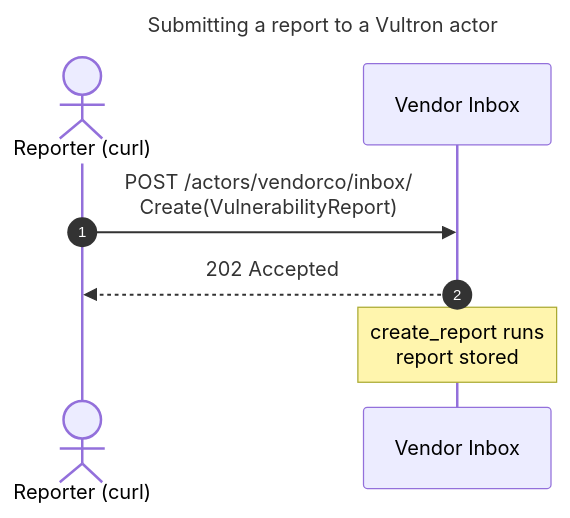
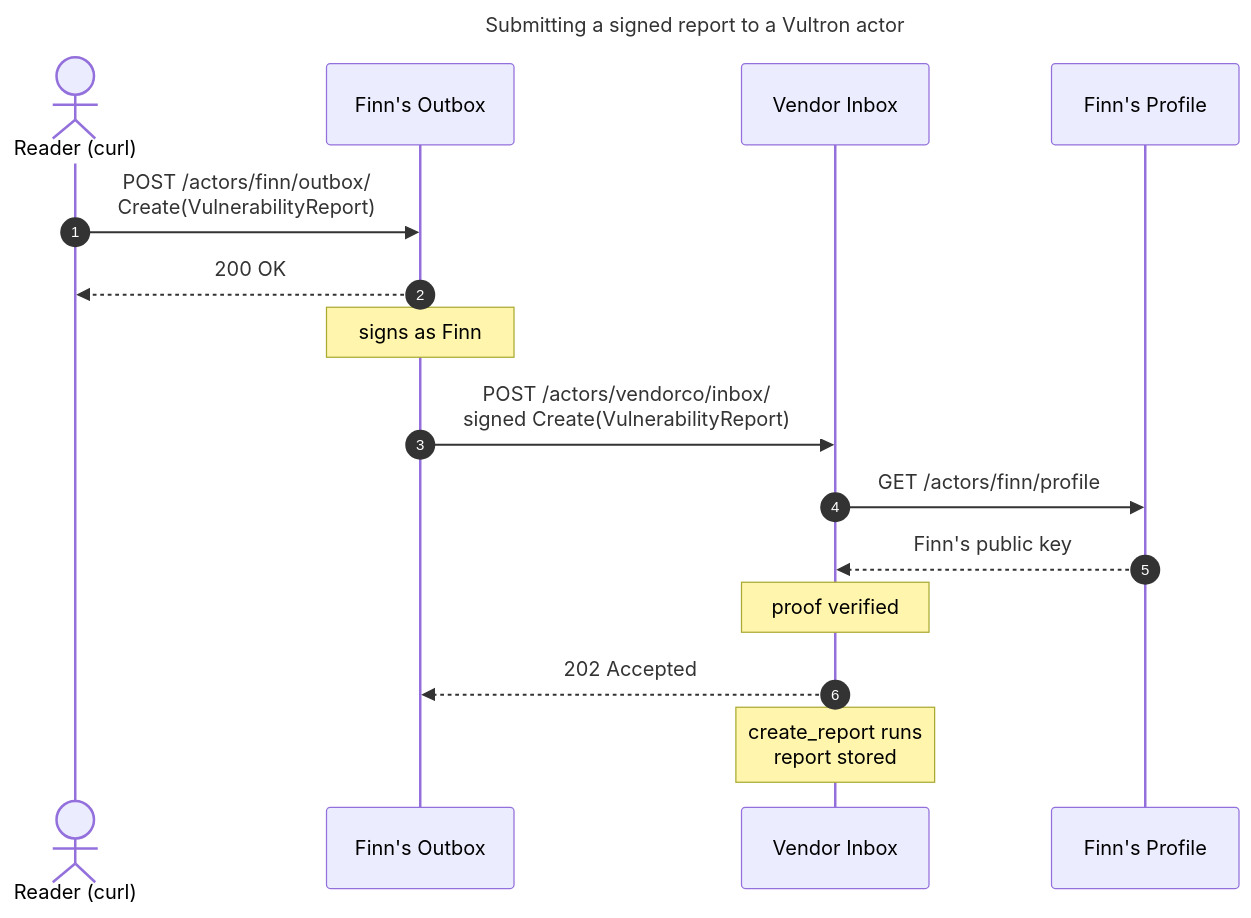
The diagram in docs/tutorials/submit-a-report.md (CERTCC/Vultron), drawn with Mermaid before and after one commit. The commit also changed other lines of this file and 5 other files, not shown here.

First line of the commit message:
feat(tutorial): send the tutorial's report through the finder's outbox

````diff
--- a/docs/tutorials/submit-a-report.md
+++ b/docs/tutorials/submit-a-report.md
@@ -186,12 +190,20 @@
 ```mermaid
 ---
-title: Submitting a report to a Vultron actor
+title: Submitting a signed report to a Vultron actor
 ---
 sequenceDiagram
     autonumber
-    actor reporter as Reporter (curl)
+    actor reader as Reader (curl)
+    participant outbox as Finn's Outbox
     participant inbox as Vendor Inbox
-    reporter->>inbox: POST /actors/vendorco/inbox/<br/>Create(VulnerabilityReport)
-    inbox-->>reporter: 202 Accepted
+    participant profile as Finn's Profile
+    reader->>outbox: POST /actors/finn/outbox/<br/>Create(VulnerabilityReport)
+    outbox-->>reader: 200 OK
+    Note over outbox: signs as Finn
+    outbox->>inbox: POST /actors/vendorco/inbox/<br/>signed Create(VulnerabilityReport)
+    inbox->>profile: GET /actors/finn/profile
+    profile-->>inbox: Finn's public key
+    Note over inbox: proof verified
+    inbox-->>outbox: 202 Accepted
     Note over inbox: create_report runs<br/>report stored
 ```
````
